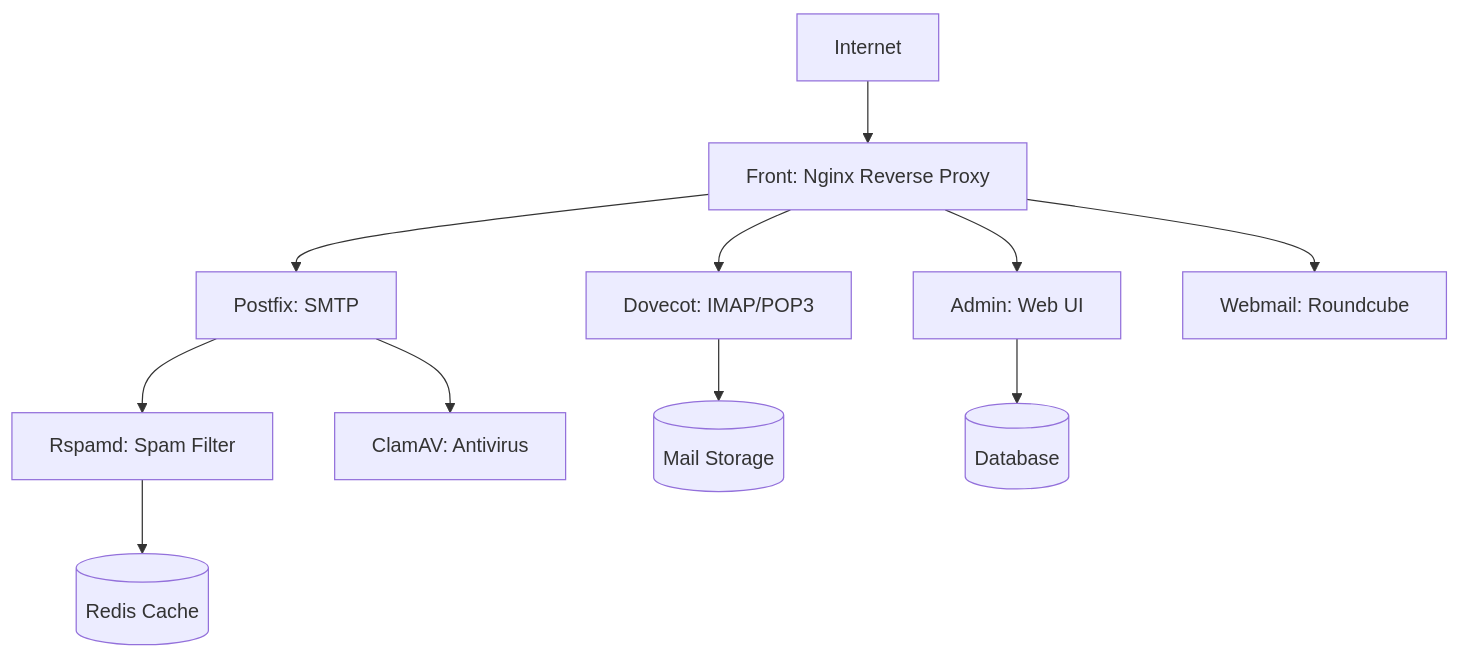
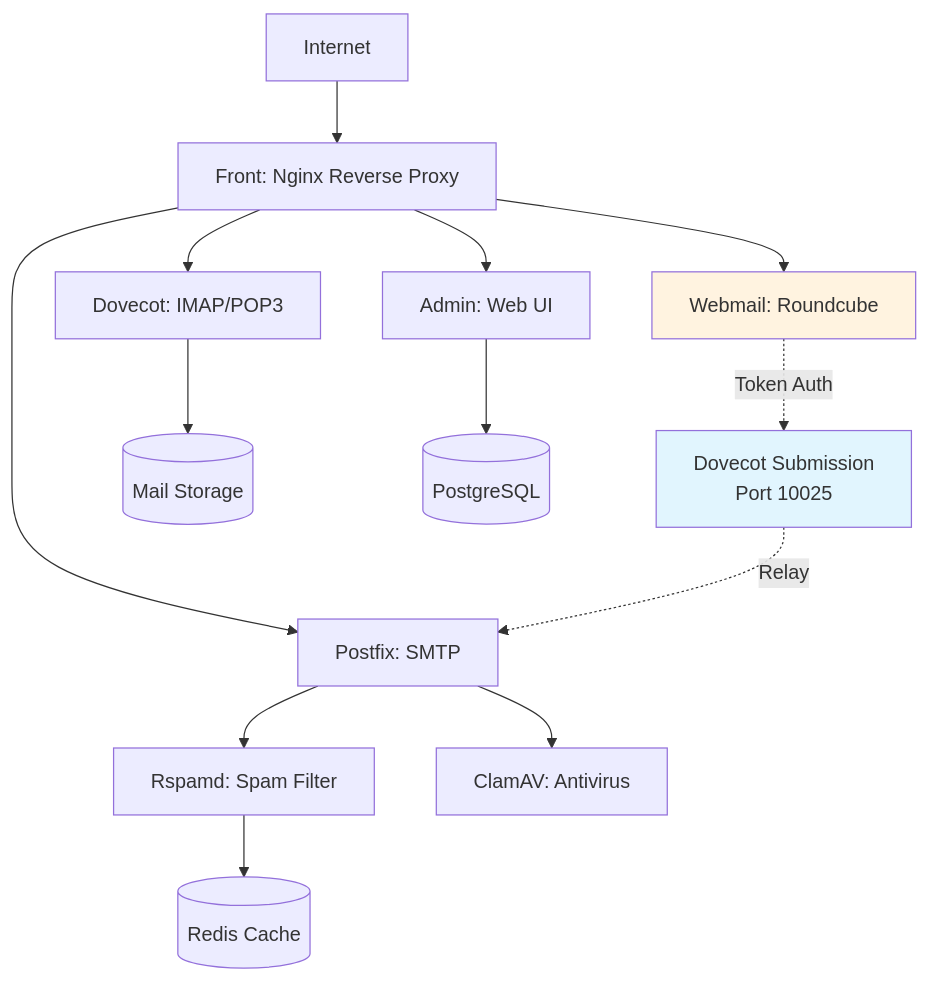
Before and after one commit to bluedynamics/cdk8s-mailu: the diagram in documentation/sources/explanation/architecture.md, drawn with Mermaid. The commit also changed other lines of this file and 2 other files, not shown here.

First line of the commit message:
docs: Add dovecot submission service documentation

````diff
--- a/documentation/sources/explanation/architecture.md
+++ b/documentation/sources/explanation/architecture.md
@@ -13,14 +13,20 @@
 ```mermaid
 graph TB
     Internet[Internet] --> Front[Front: Nginx Reverse Proxy]
     Front --> Postfix[Postfix: SMTP]
     Front --> Dovecot[Dovecot: IMAP/POP3]
     Front --> Admin[Admin: Web UI]
     Front --> Webmail[Webmail: Roundcube]
 
+    Webmail -.Token Auth.-> DovecotSub[Dovecot Submission<br/>Port 10025]
+    DovecotSub -.Relay.-> Postfix
+
     Postfix --> Rspamd[Rspamd: Spam Filter]
     Postfix --> ClamAV[ClamAV: Antivirus]
     Dovecot --> Data[(Mail Storage)]
-    Admin --> Database[(Database)]
+    Admin --> Database[(PostgreSQL)]
     Rspamd --> Redis[(Redis Cache)]
+
+    style DovecotSub fill:#e1f5fe
+    style Webmail fill:#fff3e0
 ```
````
